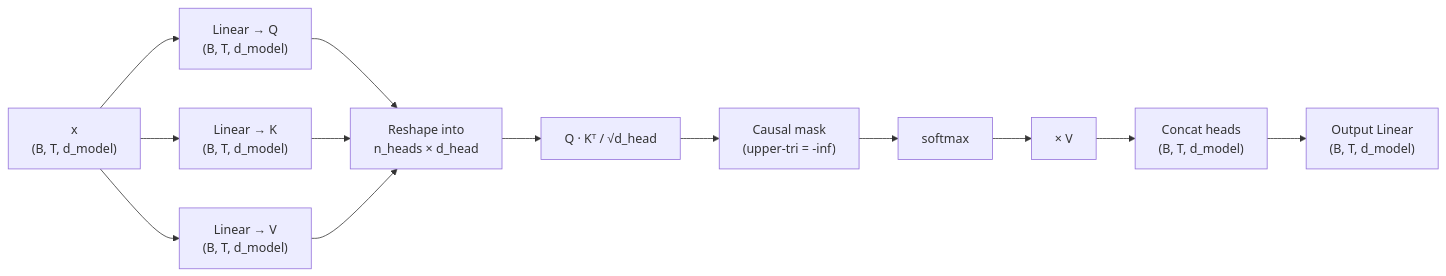
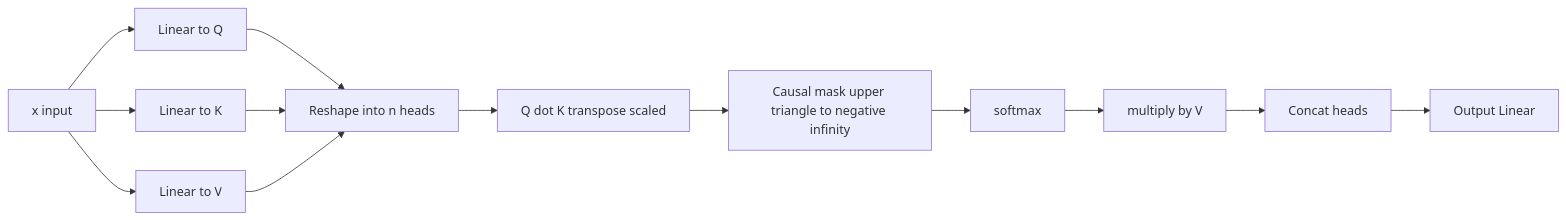
One commit to tesserix/slm-support-platform changed the second of 3 diagrams in docs/diagrams/transformer-block.md. Above: the diagram before and after it, drawn with Mermaid. The commit also changed other lines of this file and 3 other files, not shown here.

First line of the commit message:
fix(docs): simplify mermaid diagrams to lowest-common-denominator syntax

````diff
--- a/docs/diagrams/transformer-block.md
+++ b/docs/diagrams/transformer-block.md
@@ -27,19 +33,27 @@
 ```mermaid
 graph LR
-    X["x<br/>(B, T, d_model)"]
-    QPROJ["Linear → Q<br/>(B, T, d_model)"]
-    KPROJ["Linear → K<br/>(B, T, d_model)"]
-    VPROJ["Linear → V<br/>(B, T, d_model)"]
-    SPLIT["Reshape into<br/>n_heads × d_head"]
-    SCORE["Q · Kᵀ / √d_head"]
-    MASK["Causal mask<br/>(upper-tri = -inf)"]
-    SM["softmax"]
-    WV["× V"]
-    MERGE["Concat heads<br/>(B, T, d_model)"]
-    OPROJ["Output Linear<br/>(B, T, d_model)"]
+    X[x input]
+    QPROJ[Linear to Q]
+    KPROJ[Linear to K]
+    VPROJ[Linear to V]
+    SPLIT[Reshape into n heads]
+    SCORE[Q dot K transpose scaled]
+    MASK[Causal mask upper triangle to negative infinity]
+    SM[softmax]
+    WV[multiply by V]
+    MERGE[Concat heads]
+    OPROJ[Output Linear]
 
-    X --> QPROJ --> SPLIT
-    X --> KPROJ --> SPLIT
-    X --> VPROJ --> SPLIT
-    SPLIT --> SCORE --> MASK --> SM --> WV --> MERGE --> OPROJ
+    X --> QPROJ
+    X --> KPROJ
+    X --> VPROJ
+    QPROJ --> SPLIT
+    KPROJ --> SPLIT
+    VPROJ --> SPLIT
+    SPLIT --> SCORE
+    SCORE --> MASK
+    MASK --> SM
+    SM --> WV
+    WV --> MERGE
+    MERGE --> OPROJ
 ```
````
